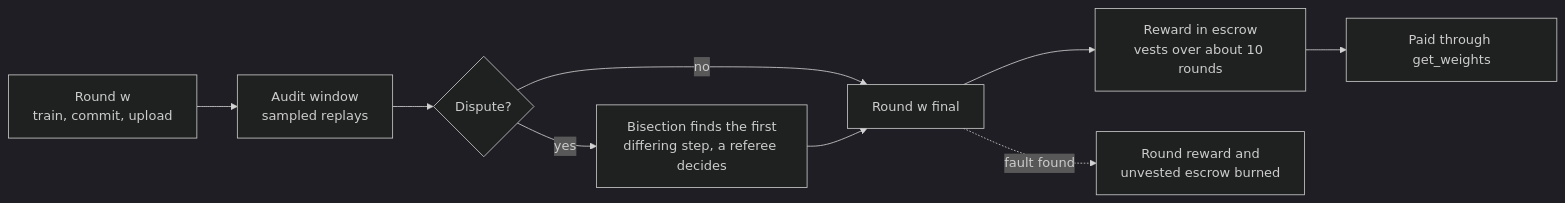
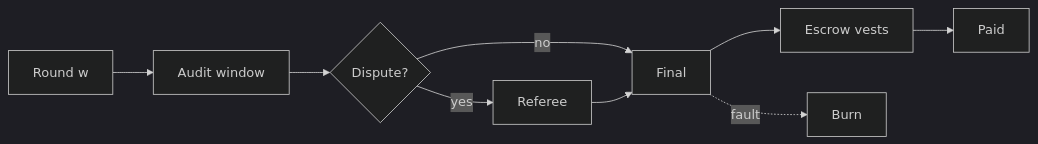
The third of 3 diagrams in README.md (CortexLM/hypertrain), drawn with Mermaid (dark theme) before and after one commit. The commit also changed other lines of this file and 1 other file, not shown here.

Commit message:
README: badges, research disclaimer, compact diagrams; publish.sh emptiness check

````diff
--- a/README.md
+++ b/README.md
@@ -90,11 +80,8 @@
 ```mermaid
 flowchart LR
-    R["Round w<br/>train, commit, upload"] --> A["Audit window<br/>sampled replays"]
-    A --> D{"Dispute?"}
-    D -->|no| F["Round w final"]
-    D -->|yes| B["Bisection finds the first<br/>differing step, a referee decides"]
-    B --> F
-    F --> V["Reward in escrow<br/>vests over about 10 rounds"]
-    V --> P["Paid through get_weights"]
-    F -.->|fault found| X["Round reward and<br/>unvested escrow burned"]
+    R["Round w"] --> A["Audit window"] --> D{"Dispute?"}
+    D -->|no| F["Final"]
+    D -->|yes| B["Referee"] --> F
+    F --> V["Escrow vests"] --> P["Paid"]
+    F -.->|fault| X["Burn"]
 ```
````
